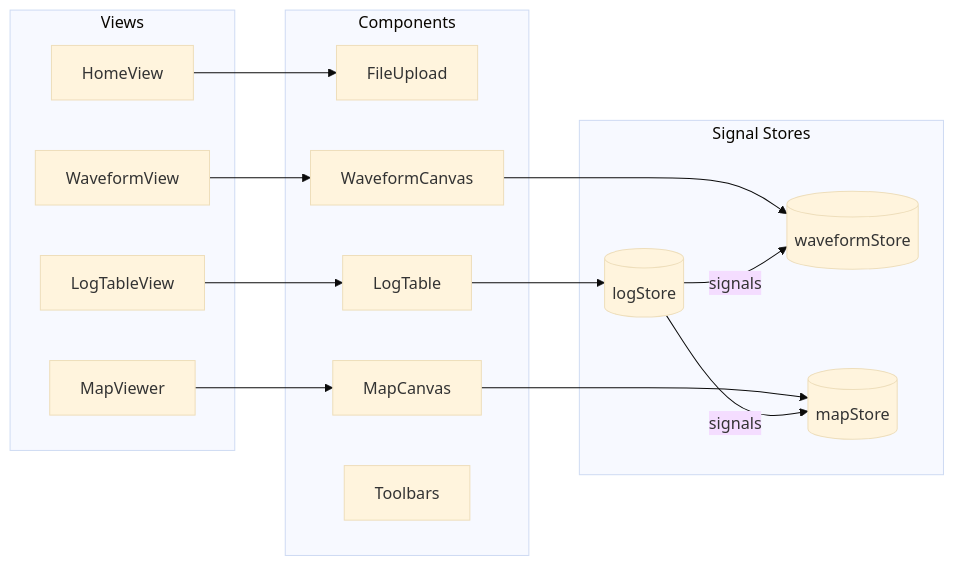
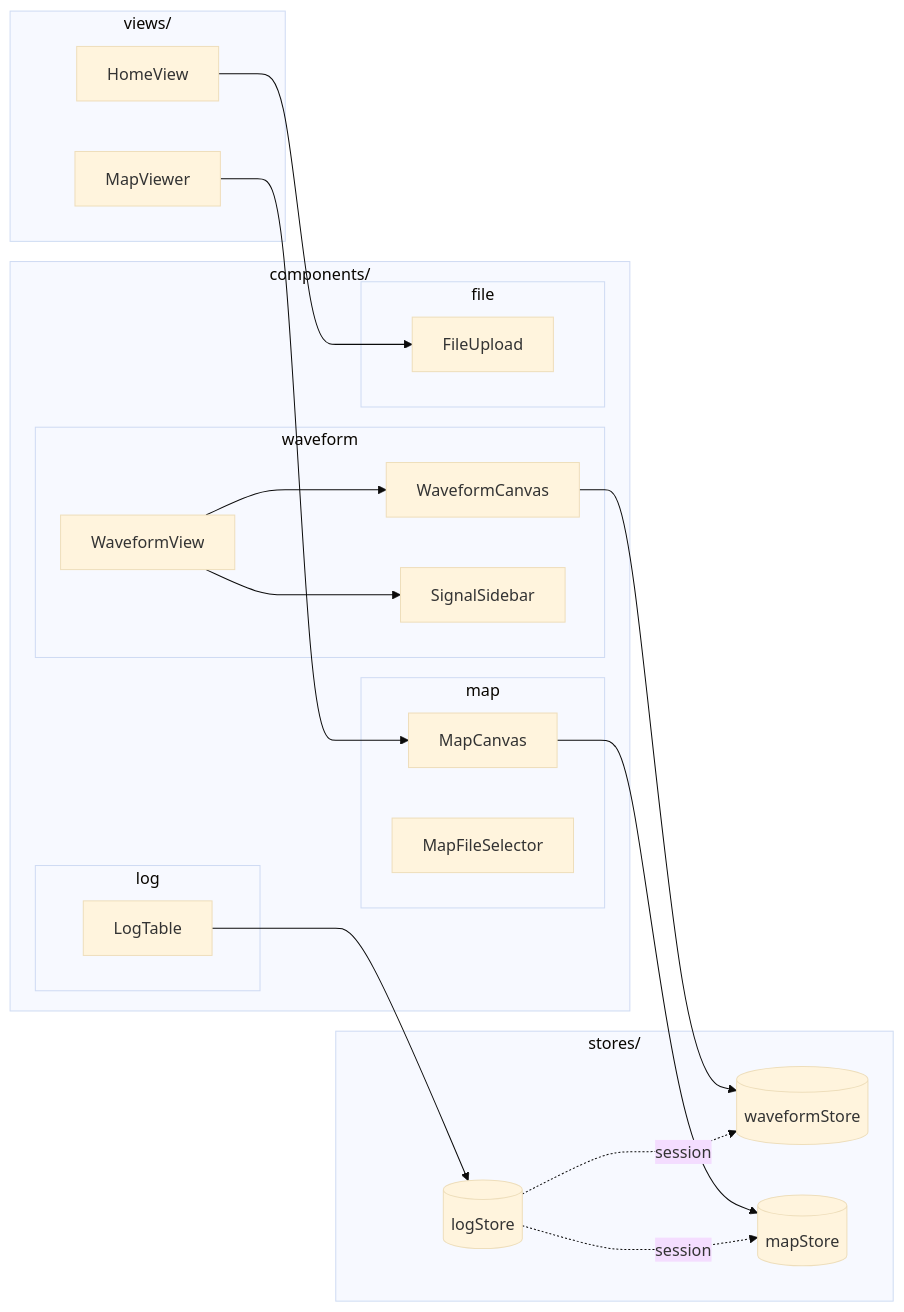
The second of 3 diagrams in .agent/architecture/system-overview.md (SulthanZahran91/LOG_VISUALIZER_WEB), drawn with Mermaid (base theme) before and after one commit. The commit also changed other lines of this file and 3 other files, not shown here.

First line of the commit message:
docs: fix architecture docs to match actual code

````diff
--- a/.agent/architecture/system-overview.md
+++ b/.agent/architecture/system-overview.md
@@ -43,35 +43,43 @@
 ```mermaid
 flowchart LR
-    subgraph Views
+    subgraph Views["views/"]
         Home[HomeView]
-        Log[LogTableView]
-        Wave[WaveformView]
         Map[MapViewer]
     end
     
-    subgraph Stores["Signal Stores"]
+    subgraph Components["components/"]
+        subgraph log
+            LogTable
+        end
+        subgraph waveform
+            WaveformView
+            WaveformCanvas
+            SignalSidebar
+        end
+        subgraph map
+            MapCanvas
+            MapFileSelector
+        end
+        subgraph file
+            FileUpload
+        end
+    end
+    
+    subgraph Stores["stores/"]
         logStore[(logStore)]
         waveStore[(waveformStore)]
         mapStore[(mapStore)]
     end
     
-    subgraph Components
-        FileUpload
-        LogTable
-        WaveCanvas[WaveformCanvas]
-        MapCanvas
-        Toolbars
-    end
-    
     Home --> FileUpload
-    Log --> LogTable
-    Wave --> WaveCanvas
+    WaveformView --> WaveformCanvas
+    WaveformView --> SignalSidebar
     Map --> MapCanvas
     
     LogTable --> logStore
-    WaveCanvas --> waveStore
+    WaveformCanvas --> waveStore
     MapCanvas --> mapStore
     
-    logStore -->|signals| waveStore
-    logStore -->|signals| mapStore
+    logStore -.->|session| waveStore
+    logStore -.->|session| mapStore
 ```
````
